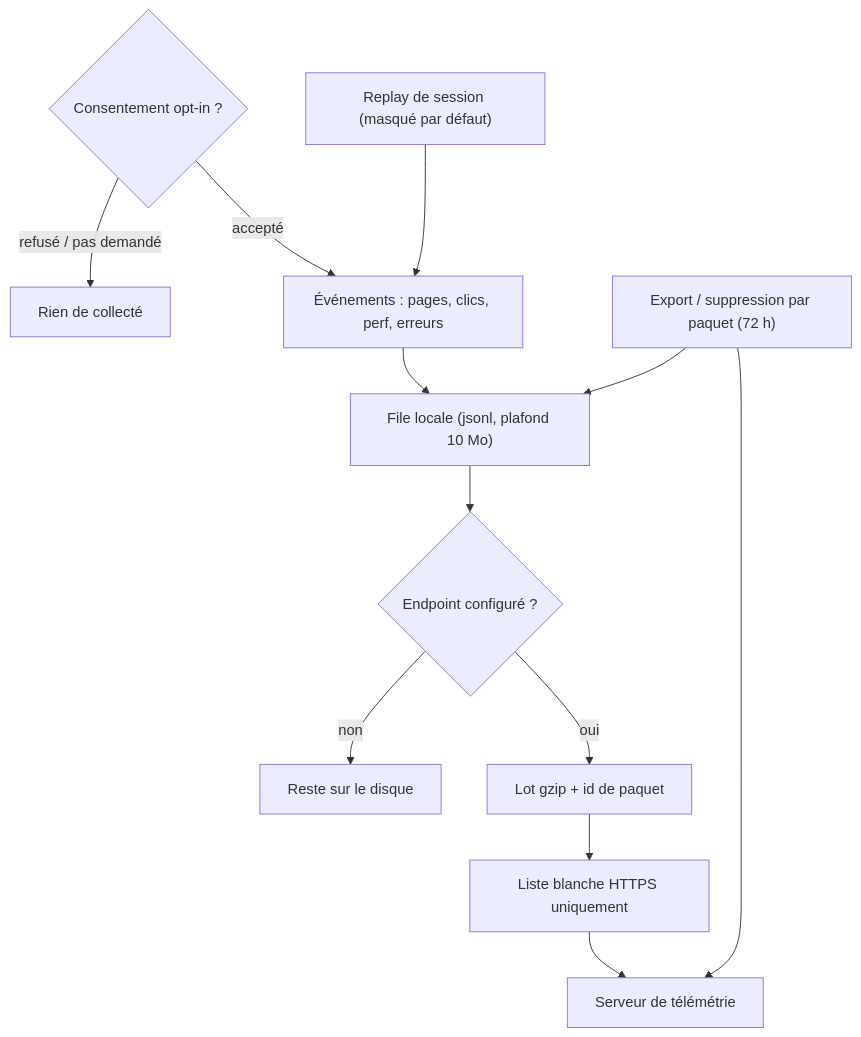
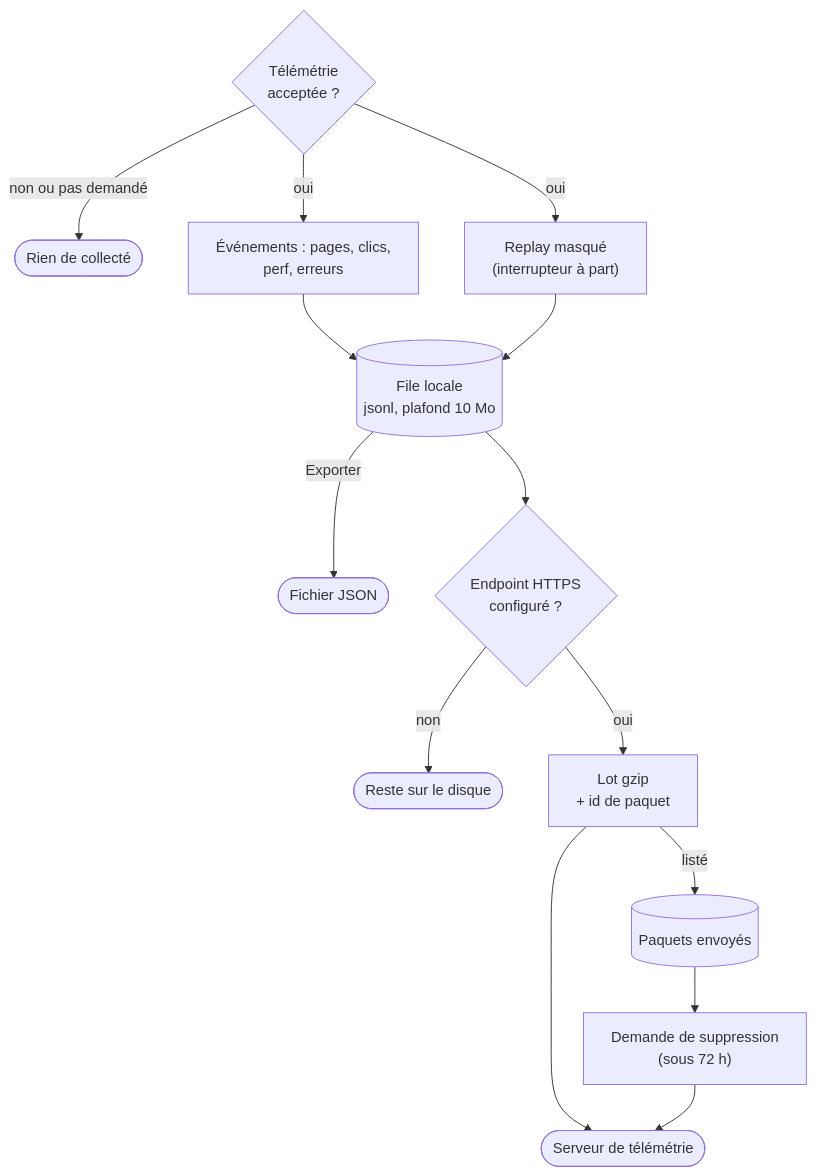
One commit to FreeProject089/BetterModsManager changed the first of 3 diagrams in frontend/assets/docs/fr/features/privacy-telemetry.md. Above: the diagram before and after it, drawn with Mermaid. The commit also changed other lines of this file and 176 other files, not shown here.

````diff
--- a/frontend/assets/docs/fr/features/privacy-telemetry.md
+++ b/frontend/assets/docs/fr/features/privacy-telemetry.md
@@ -19,16 +19,16 @@
 ```mermaid
-graph TD
-    CONSENT{Consentement opt-in ?} -- "refusé / pas demandé" --> NOTHING["Rien de collecté"]
-    CONSENT -- "accepté" --> EVENTS["Événements : pages, clics, perf, erreurs"]
-    REPLAY["Replay de session (masqué par défaut)"] --> EVENTS
-
-    EVENTS --> QUEUE["File locale (jsonl, plafond 10 Mo)"]
-    QUEUE --> ENDPOINT{Endpoint configuré ?}
-    ENDPOINT -- non --> LOCAL["Reste sur le disque"]
-    ENDPOINT -- oui --> GZIP["Lot gzip + id de paquet"]
-    GZIP --> ALLOWLIST["Liste blanche HTTPS uniquement"]
-    ALLOWLIST --> SERVER["Serveur de télémétrie"]
-
-    GDPR["Export / suppression par paquet (72 h)"] --> SERVER
-    GDPR --> QUEUE
+flowchart TD
+    CONSENT{"Télémétrie<br/>acceptée ?"} -- "non ou pas demandé" --> NOTHING(["Rien de collecté"])
+    CONSENT -- "oui" --> EVENTS["Événements : pages, clics,<br/>perf, erreurs"]
+    CONSENT -- "oui" --> REPLAY["Replay masqué<br/>(interrupteur à part)"]
+    EVENTS --> QUEUE[("File locale<br/>jsonl, plafond 10 Mo")]
+    REPLAY --> QUEUE
+    QUEUE -- "Exporter" --> EXPORT(["Fichier JSON"])
+    QUEUE --> ENDPOINT{"Endpoint HTTPS<br/>configuré ?"}
+    ENDPOINT -- "non" --> LOCAL(["Reste sur le disque"])
+    ENDPOINT -- "oui" --> GZIP["Lot gzip<br/>+ id de paquet"]
+    GZIP --> SERVER(["Serveur de télémétrie"])
+    GZIP -- "listé" --> SENT[("Paquets envoyés")]
+    SENT --> DEL["Demande de suppression<br/>(sous 72 h)"]
+    DEL --> SERVER
 ```
````
